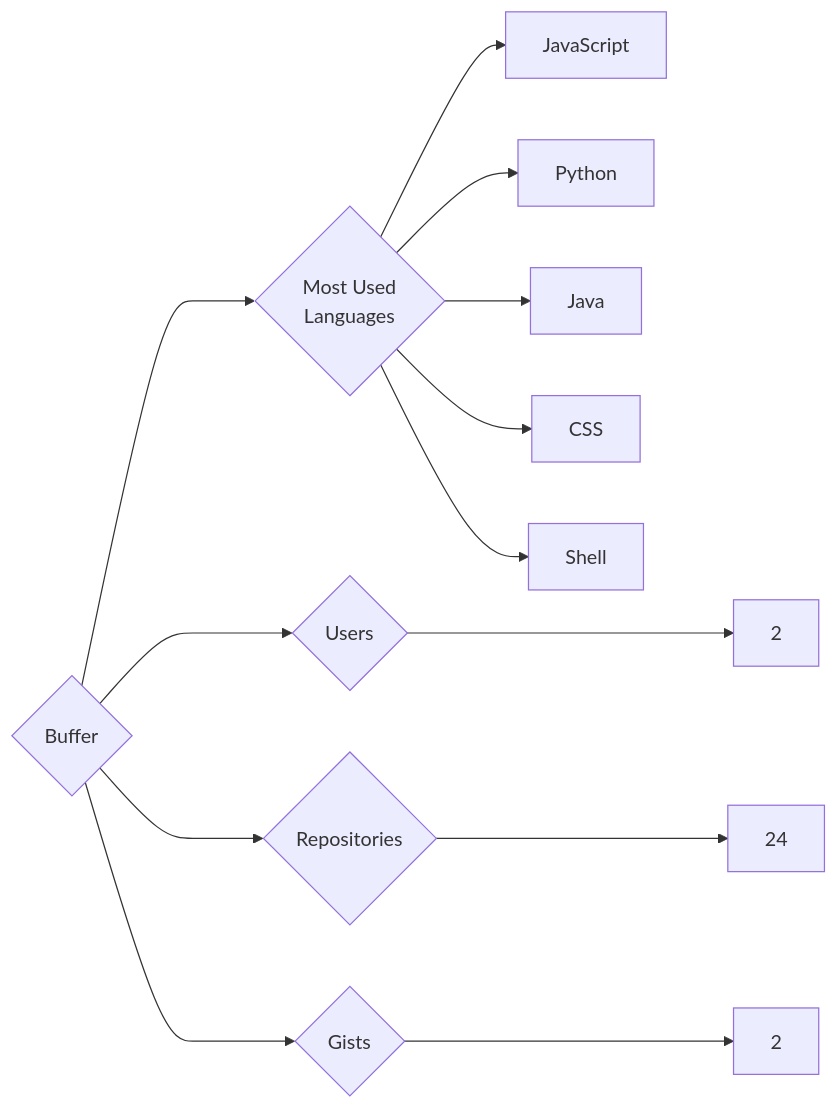
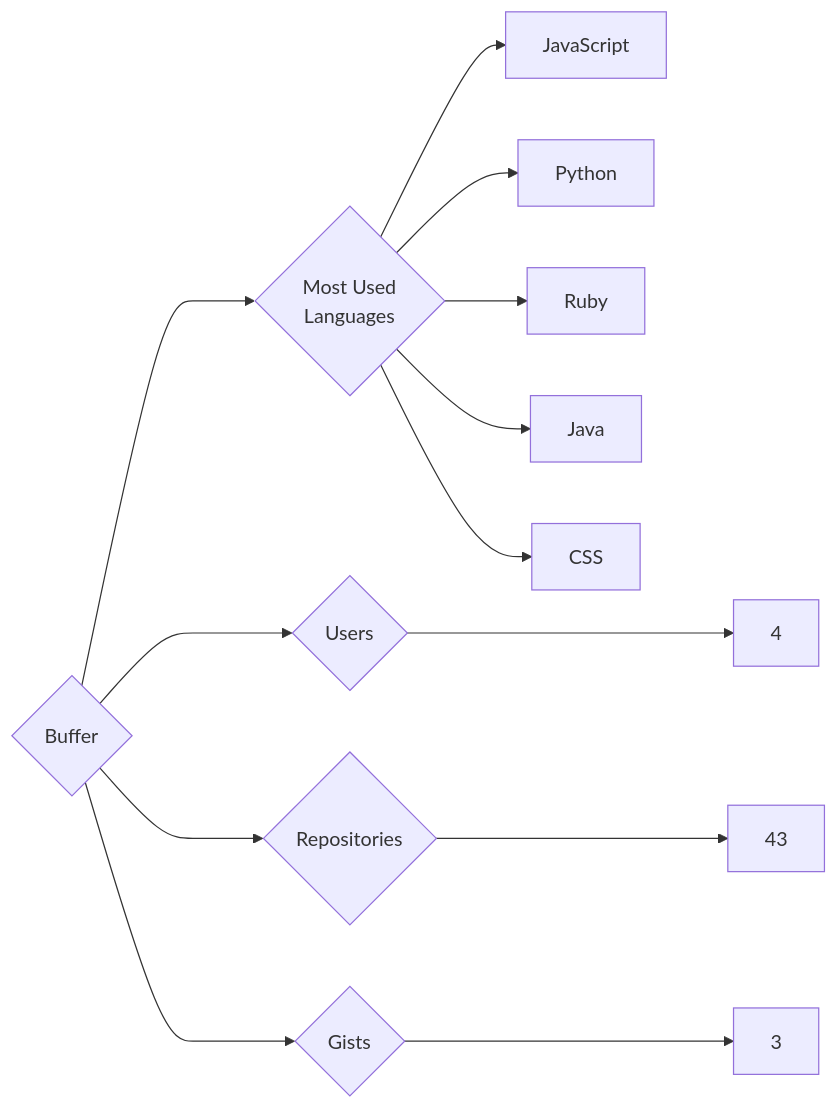
The diagram in targets/Buffer/README.md (trickest/insiders), drawn with Mermaid before and after one commit. The commit also changed 859 other files, not shown here.

````diff
--- a/targets/Buffer/README.md
+++ b/targets/Buffer/README.md
@@ -3,13 +3,13 @@
 ```mermaid
 graph LR
 COMPANY_NAME{Buffer}
-COMPANY_NAME ---> U{Users} ---> UN[2]
-COMPANY_NAME ---> R{Repositories} ---> RN[24]
-COMPANY_NAME ---> G{Gists} ---> GN[2]
+COMPANY_NAME ---> U{Users} ---> UN[4]
+COMPANY_NAME ---> R{Repositories} ---> RN[43]
+COMPANY_NAME ---> G{Gists} ---> GN[3]
 COMPANY_NAME ---> ML{Most Used<br>Languages}
 ML --> JavaScript[JavaScript]
 ML --> Python[Python]
+ML --> Ruby[Ruby]
 ML --> Java[Java]
 ML --> CSS[CSS]
-ML --> Shell[Shell]
 ```
````
